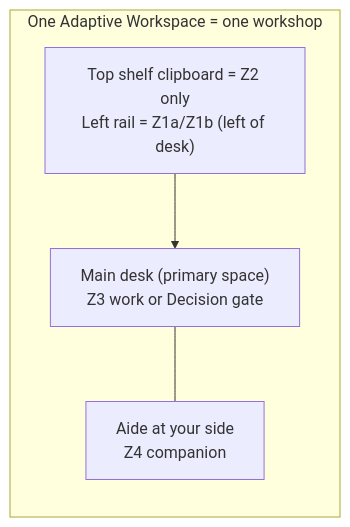
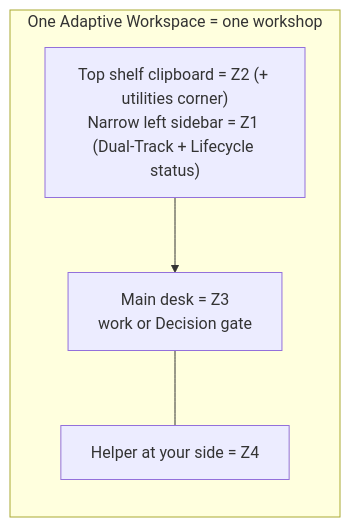
One commit to d-dragon/dp-stock-investment-assistant changed the second of 4 diagrams in docs/system/CONCEPTUAL_IA_MAP.md. Above: the diagram before and after it, drawn with Mermaid. The commit also changed other lines of this file and 11 other files, not shown here.

````diff
--- a/docs/system/CONCEPTUAL_IA_MAP.md
+++ b/docs/system/CONCEPTUAL_IA_MAP.md
@@ -132,10 +122,10 @@
 ```mermaid
 flowchart LR
   subgraph Workshop["One Adaptive Workspace = one workshop"]
-    top["Top shelf clipboard = Z2 only<br/>Left rail = Z1a/Z1b (left of desk)"]
-    desk["Main desk (primary space)<br/>Z3 work or Decision gate"]
-    aide["Aide at your side<br/>Z4 companion"]
+    top["Top shelf clipboard = Z2 (+ utilities corner)<br/>Narrow left sidebar = Z1 (Dual-Track + Lifecycle status)"]
+    desk["Main desk = Z3<br/>work or Decision gate"]
+    helper["Helper at your side = Z4"]
   end
   top --> desk
-  desk --- aide
+  desk --- helper
 ```
````
